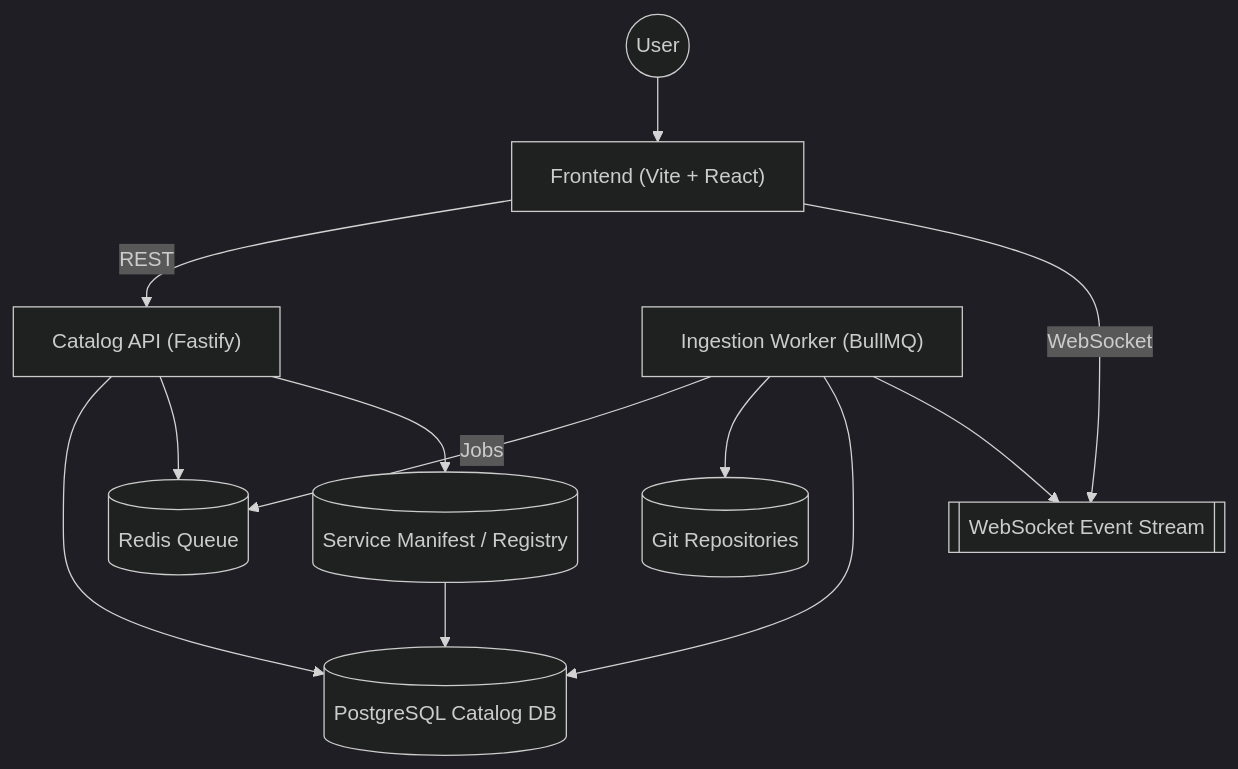
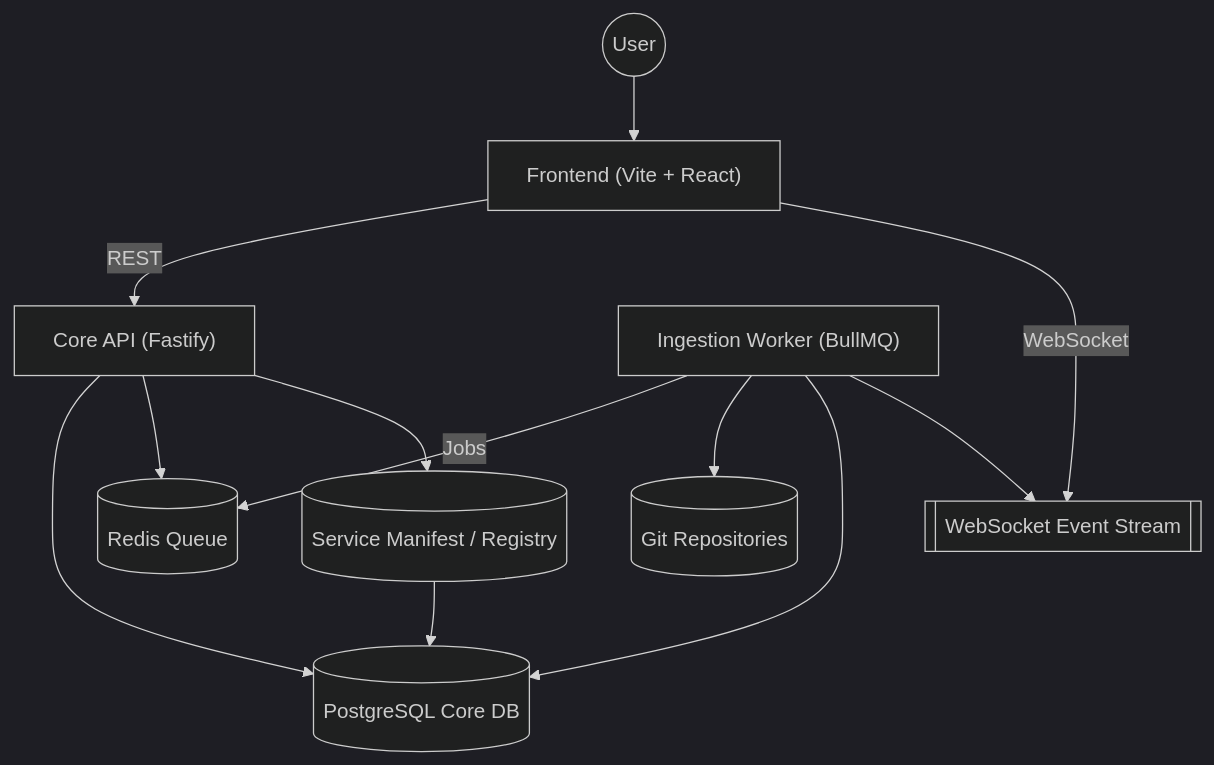
The second of 3 diagrams in docs/architecture.md (benediktbwimmer/apphub), drawn with Mermaid (dark theme) before and after one commit. The commit also changed other lines of this file and 550 other files, not shown here.

Commit message:
rename catalog to core

````diff
--- a/docs/architecture.md
+++ b/docs/architecture.md
@@ -61,24 +61,24 @@
 ```mermaid
 graph TD
   User((User))
   Frontend["Frontend (Vite + React)"]
-  API["Catalog API (Fastify)"]
+  API["Core API (Fastify)"]
   Worker["Ingestion Worker (BullMQ)"]
   Redis[("Redis Queue")]
-  Postgres[("PostgreSQL Catalog DB")]
+  Postgres[("PostgreSQL Core DB")]
   Repo[("Git Repositories")]
   Services[("Service Manifest / Registry")]
   Events[["WebSocket Event Stream"]]
 
   User --> Frontend
   Frontend -->|REST| API
   Frontend -->|WebSocket| Events
   API --> Postgres
   API --> Redis
   API --> Services
   Worker -->|Jobs| Redis
   Worker --> Repo
   Worker --> Postgres
   Worker --> Events
   Services --> Postgres
 ```
````
